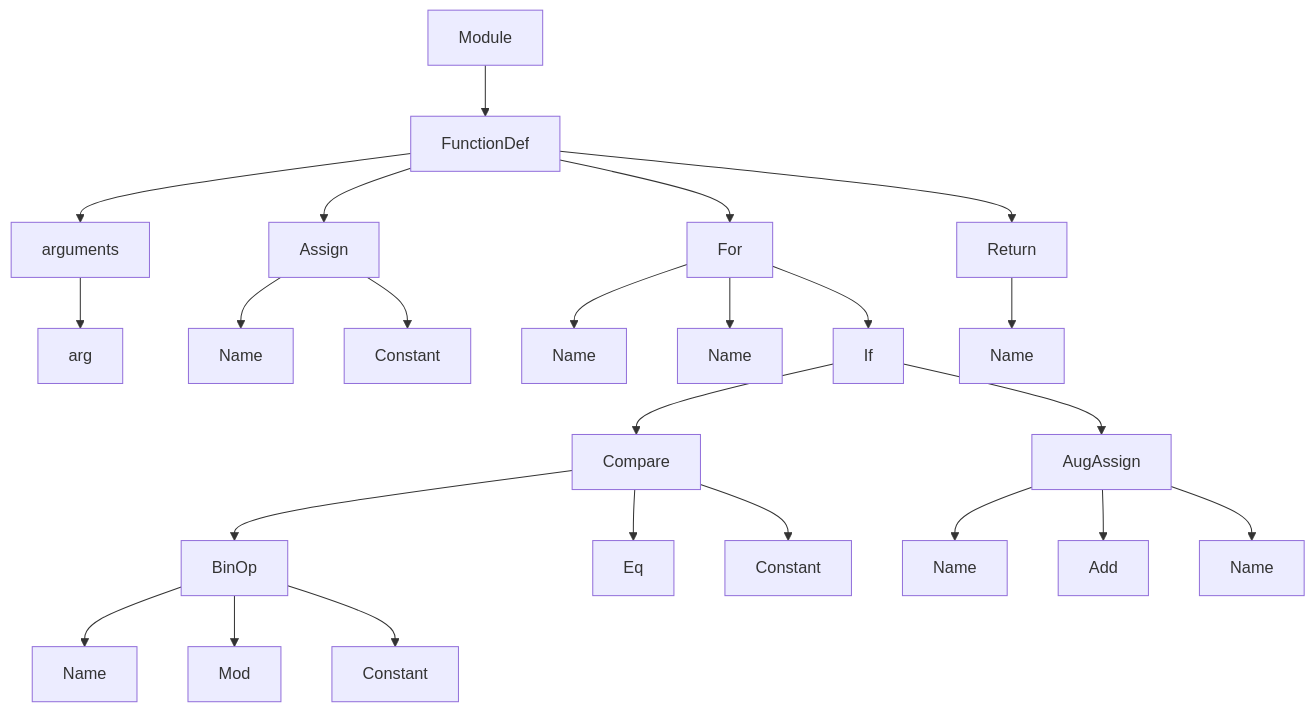
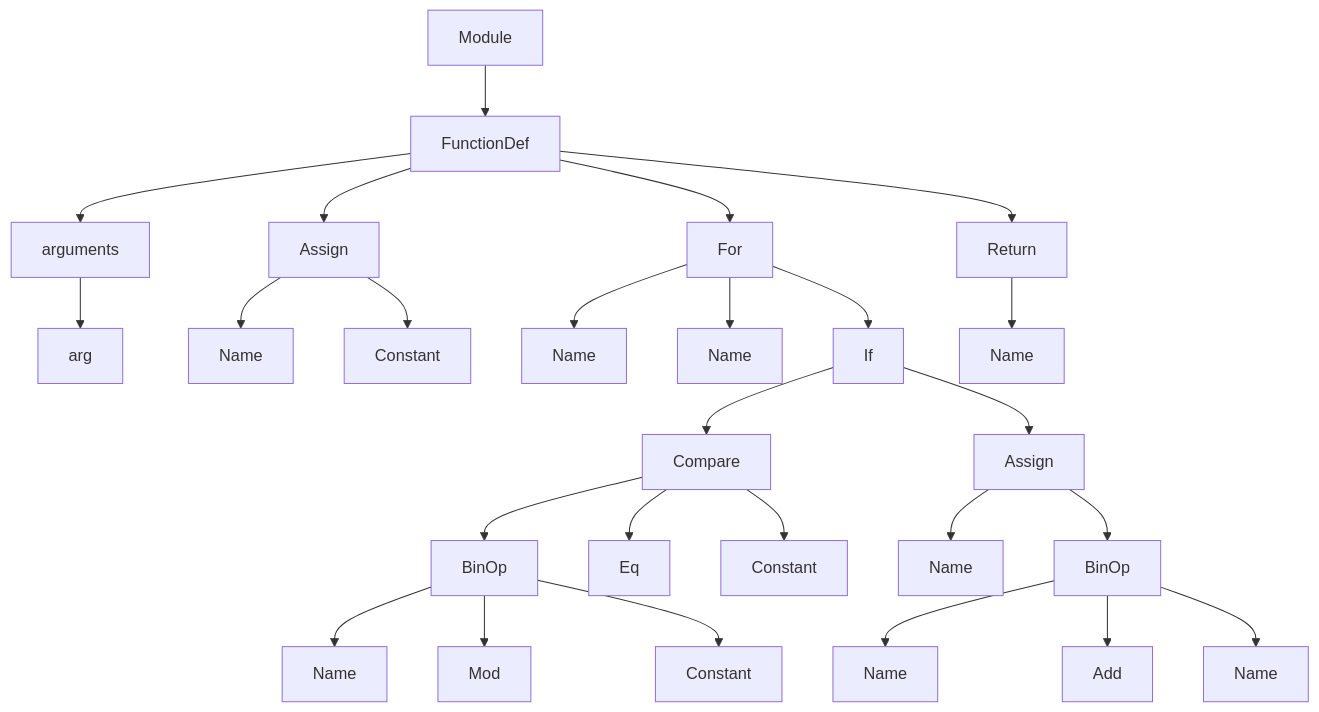
One commit to Javierch1405/python-plagiarism-detector changed the diagram in results/ast_visualizations/case_01_code_a.md. Above: the diagram before and after it, drawn with Mermaid. The commit also changed 11 other files, not shown here.

Commit message:
Refactor preprocessing flow and integrate semantic analysis outputs

````diff
--- a/results/ast_visualizations/case_01_code_a.md
+++ b/results/ast_visualizations/case_01_code_a.md
@@ -1,50 +1,54 @@
 ```mermaid
 flowchart TD
     n0["Module"]
     n1["FunctionDef"]
     n2["arguments"]
     n3["arg"]
     n2 --> n3
     n1 --> n2
     n4["Assign"]
     n5["Name"]
     n4 --> n5
     n6["Constant"]
     n4 --> n6
     n1 --> n4
     n7["For"]
     n8["Name"]
     n7 --> n8
     n9["Name"]
     n7 --> n9
     n10["If"]
     n11["Compare"]
     n12["BinOp"]
     n13["Name"]
     n12 --> n13
     n14["Mod"]
     n12 --> n14
     n15["Constant"]
     n12 --> n15
     n11 --> n12
     n16["Eq"]
     n11 --> n16
     n17["Constant"]
     n11 --> n17
     n10 --> n11
-    n18["AugAssign"]
+    n18["Assign"]
     n19["Name"]
     n18 --> n19
-    n20["Add"]
+    n20["BinOp"]
+    n21["Name"]
+    n20 --> n21
+    n22["Add"]
+    n20 --> n22
+    n23["Name"]
+    n20 --> n23
     n18 --> n20
-    n21["Name"]
-    n18 --> n21
     n10 --> n18
     n7 --> n10
     n1 --> n7
-    n22["Return"]
-    n23["Name"]
-    n22 --> n23
-    n1 --> n22
+    n24["Return"]
+    n25["Name"]
+    n24 --> n25
+    n1 --> n24
     n0 --> n1
 ```
````
